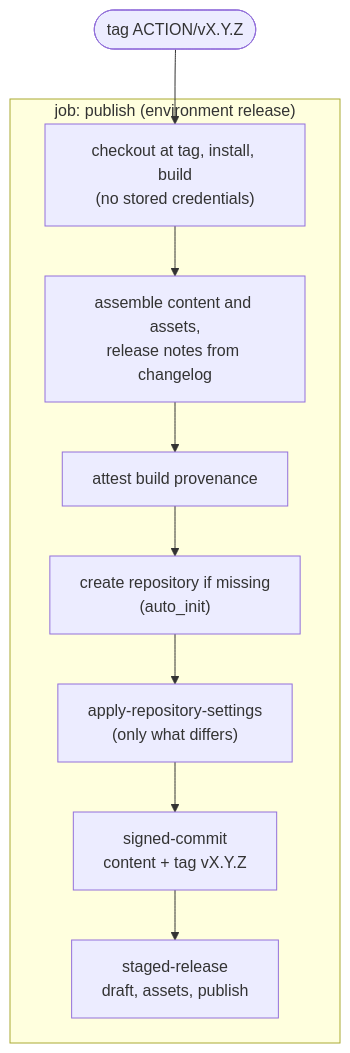
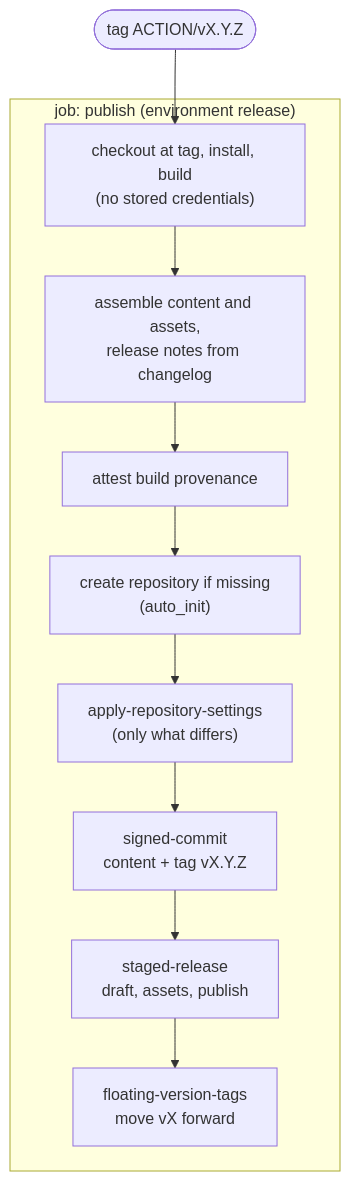
One commit to simbo-actions/actions changed the third of 7 diagrams in ARCHITECTURE.md. Above: the diagram before and after it, drawn with Mermaid. The commit also changed other lines of this file and 38 other files, not shown here.

First line of the commit message:
feat(floating-version-tags): add action and move vX in publish

````diff
--- a/ARCHITECTURE.md
+++ b/ARCHITECTURE.md
@@ -126,16 +143,17 @@
 ```mermaid
 flowchart TD
   tag(["tag ACTION/vX.Y.Z"]) --> build
 
   subgraph job["job: publish (environment release)"]
     build["checkout at tag, install, build<br/>(no stored credentials)"]
     assemble["assemble content and assets,<br/>release notes from changelog"]
     attest["attest build provenance"]
     create["create repository if missing<br/>(auto_init)"]
     configure["apply-repository-settings<br/>(only what differs)"]
     commit["signed-commit<br/>content + tag vX.Y.Z"]
     release["staged-release<br/>draft, assets, publish"]
+    floating["floating-version-tags<br/>move vX forward"]
 
-    build --> assemble --> attest --> create --> configure --> commit --> release
+    build --> assemble --> attest --> create --> configure --> commit --> release --> floating
   end
 ```
````
